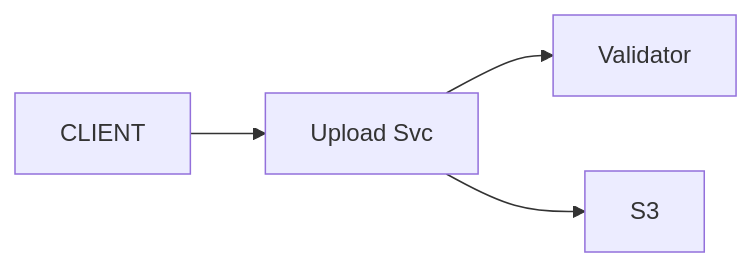
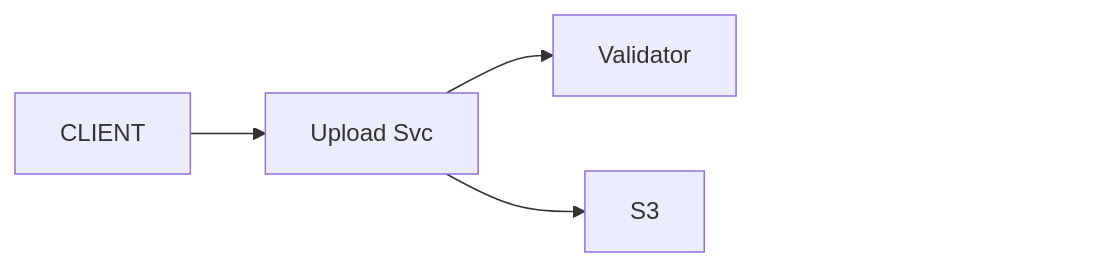
One commit to ArpanMaheshwari144/Prep changed the first of 11 diagrams in 04_HLD/SYSTEM_DESIGNS/07_file_upload_validate_system/07_file_upload_INTERVIEW.md. Above: the diagram before and after it, drawn with Mermaid. The commit also changed other lines of this file and 13 other files, not shown here.

Commit message:
hld 14 file: har diagram ke daayein andekha dabba, zoom button asli dabbe pe na aaye

````diff
--- a/04_HLD/SYSTEM_DESIGNS/07_file_upload_validate_system/07_file_upload_INTERVIEW.md
+++ b/04_HLD/SYSTEM_DESIGNS/07_file_upload_validate_system/07_file_upload_INTERVIEW.md
@@ -71,11 +71,14 @@
 ```mermaid
 %%{init: {"flowchart": {"wrappingWidth": 450}}}%%
 flowchart LR
     n_CLIENT["CLIENT"]
     n_Upload_Svc["Upload Svc"]
     n_Validator["Validator"]
     n_S3["S3"]
     n_CLIENT --> n_Upload_Svc
     n_Upload_Svc --> n_Validator
     n_Upload_Svc --> n_S3
+    n_pad["xxxxxxxxxxxxxxxx"]
+    n_S3 ~~~ n_pad
+    style n_pad fill:none,stroke:none,color:#ffffff00
 ```
````
